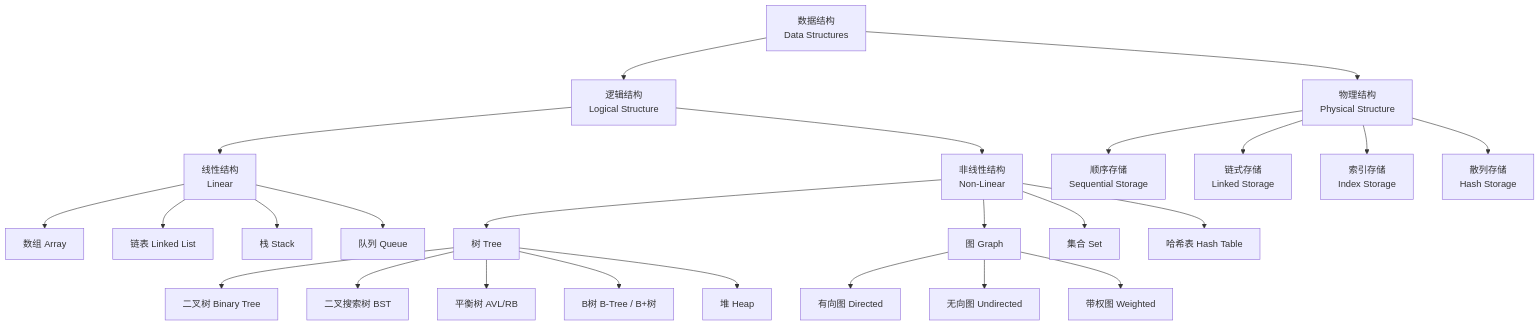
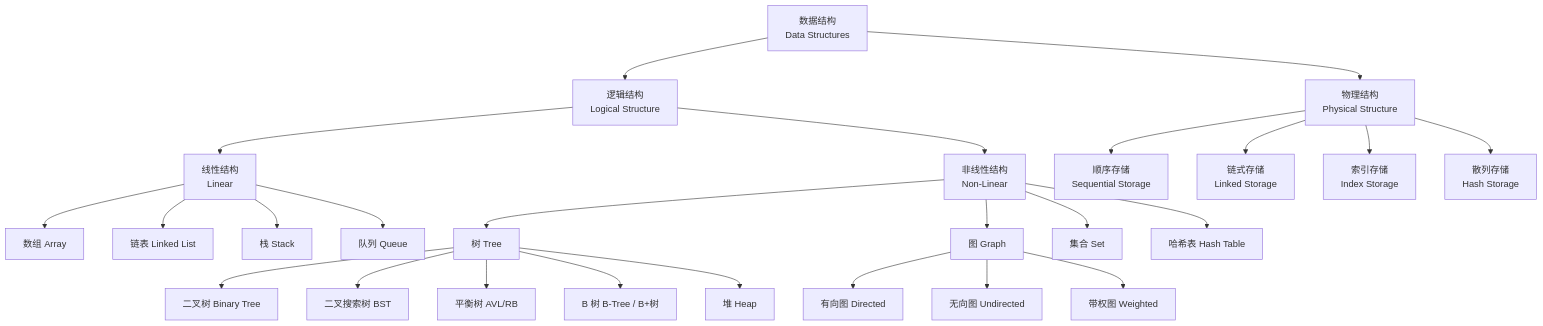
One commit to Tianshang301/TianshangKnowledgeBase changed the diagram in 05_ComputerScience/DataStructuresAndAlgorithms/DataStructures/DataStructures.md. Above: the diagram before and after it, drawn with Mermaid. The commit also changed other lines of this file and 2257 other files, not shown here.

````diff
--- a/05_ComputerScience/DataStructuresAndAlgorithms/DataStructures/DataStructures.md
+++ b/05_ComputerScience/DataStructuresAndAlgorithms/DataStructures/DataStructures.md
@@ -14,27 +16,27 @@
 ```mermaid
 graph TD
   A[数据结构<br/>Data Structures] --> B[逻辑结构<br/>Logical Structure]
   A --> C[物理结构<br/>Physical Structure]
   B --> D[线性结构<br/>Linear]
   B --> E[非线性结构<br/>Non-Linear]
   D --> F[数组 Array]
   D --> G[链表 Linked List]
   D --> H[栈 Stack]
   D --> I[队列 Queue]
   E --> J[树 Tree]
   E --> K[图 Graph]
   E --> L[集合 Set]
   E --> M[哈希表 Hash Table]
   C --> N[顺序存储<br/>Sequential Storage]
   C --> O[链式存储<br/>Linked Storage]
   C --> P[索引存储<br/>Index Storage]
   C --> Q[散列存储<br/>Hash Storage]
   J --> R[二叉树 Binary Tree]
   J --> S[二叉搜索树 BST]
   J --> T[平衡树 AVL/RB]
-  J --> U[B树 B-Tree / B+树]
+  J --> U[B 树 B-Tree / B+树]
   J --> V[堆 Heap]
   K --> W[有向图 Directed]
   K --> X[无向图 Undirected]
   K --> Y[带权图 Weighted]
 ```
````
